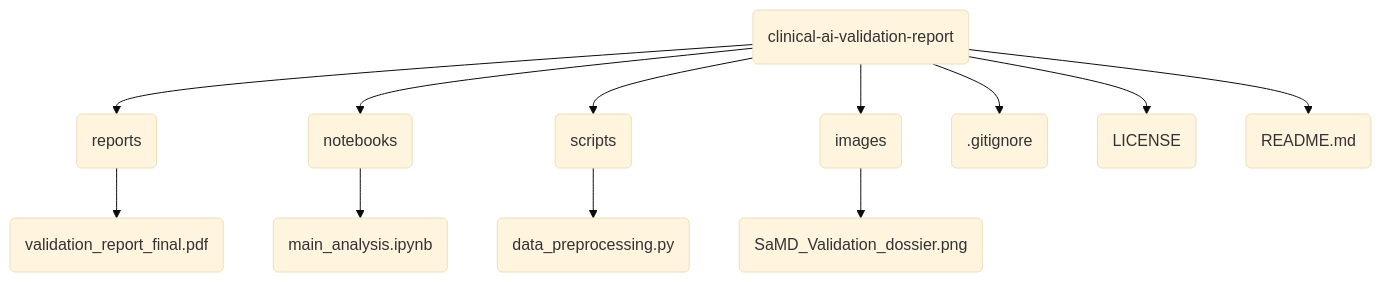
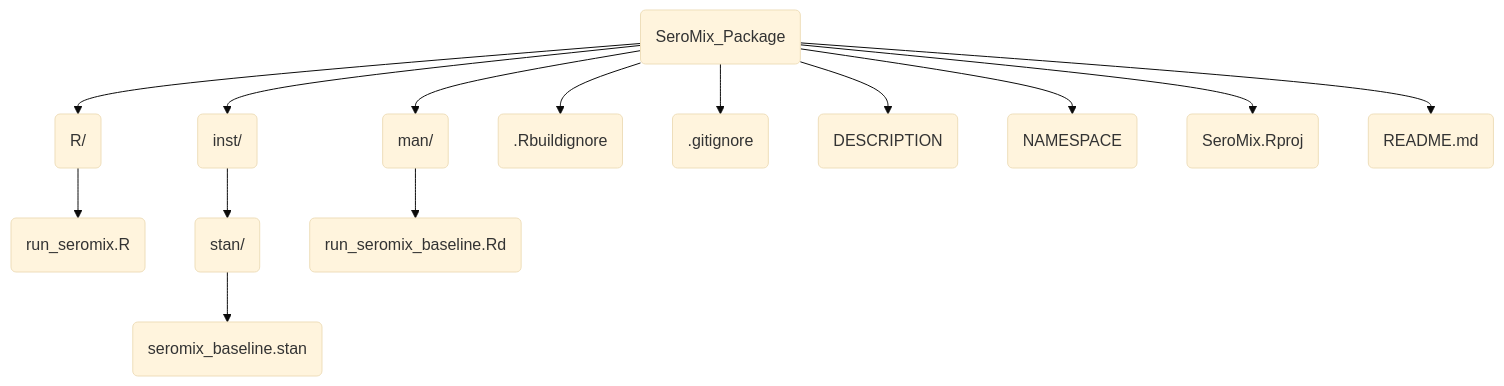
Before and after one commit to drbalajiramanathan/SeroMix: the diagram in README.md, drawn with Mermaid (base theme).

````diff
--- a/README.md
+++ b/README.md
@@ -57,14 +57,19 @@
 ```mermaid
 graph TD;
-    A(clinical-ai-validation-report) --> B(reports);
-    B --> B1(validation_report_final.pdf);
-    A --> C(notebooks);
-    C --> C1(main_analysis.ipynb);
-    A --> D(scripts);
-    D --> D1(data_preprocessing.py);
-    A --> E(images);
-    E --> E1(SaMD_Validation_dossier.png);
+    A(SeroMix_Package) --> B(R/);
+    B --> B1(run_seromix.R);
+
+    A --> C(inst/);
+    C --> C1(stan/);
+    C1 --> C1a(seromix_baseline.stan);
+    
+    A --> D(man/);
+    D --> D1(run_seromix_baseline.Rd);
+
+    A --> E(.Rbuildignore);
     A --> F(.gitignore);
-    A --> G(LICENSE);
-    A --> H(README.md);
+    A --> G(DESCRIPTION);
+    A --> H(NAMESPACE);
+    A --> I(SeroMix.Rproj);
+    A --> J(README.md);
 ```
````
